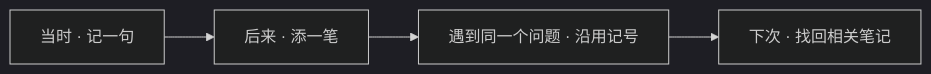
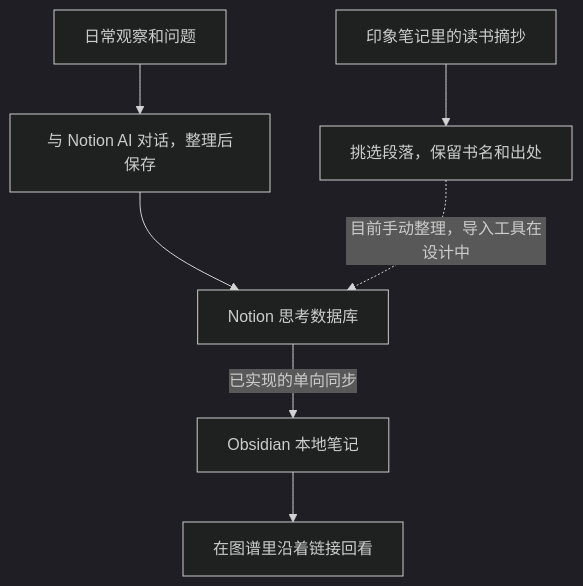
Before and after one commit to CarryLewis/notion-obsidian-connect: the first of 2 diagrams in README.md, drawn with Mermaid (dark theme). The commit also changed other lines of this file and 1 other file, not shown here.

````diff
--- a/README.md
+++ b/README.md
@@ -23,6 +13,9 @@
 ```mermaid
-flowchart LR
-    A["当时 · 记一句"] --> B["后来 · 添一笔"]
-    B --> C["遇到同一个问题 · 沿用记号"]
-    C --> D["下次 · 找回相关笔记"]
+flowchart TD
+    A["日常观察和问题"] --> B["与 Notion AI 对话，整理后保存"]
+    B --> C["Notion 思考数据库"]
+    D["印象笔记里的读书摘抄"] --> E["挑选段落，保留书名和出处"]
+    E -.->|目前手动整理，导入工具在设计中| C
+    C -->|已实现的单向同步| F["Obsidian 本地笔记"]
+    F --> G["在图谱里沿着链接回看"]
 ```
````
